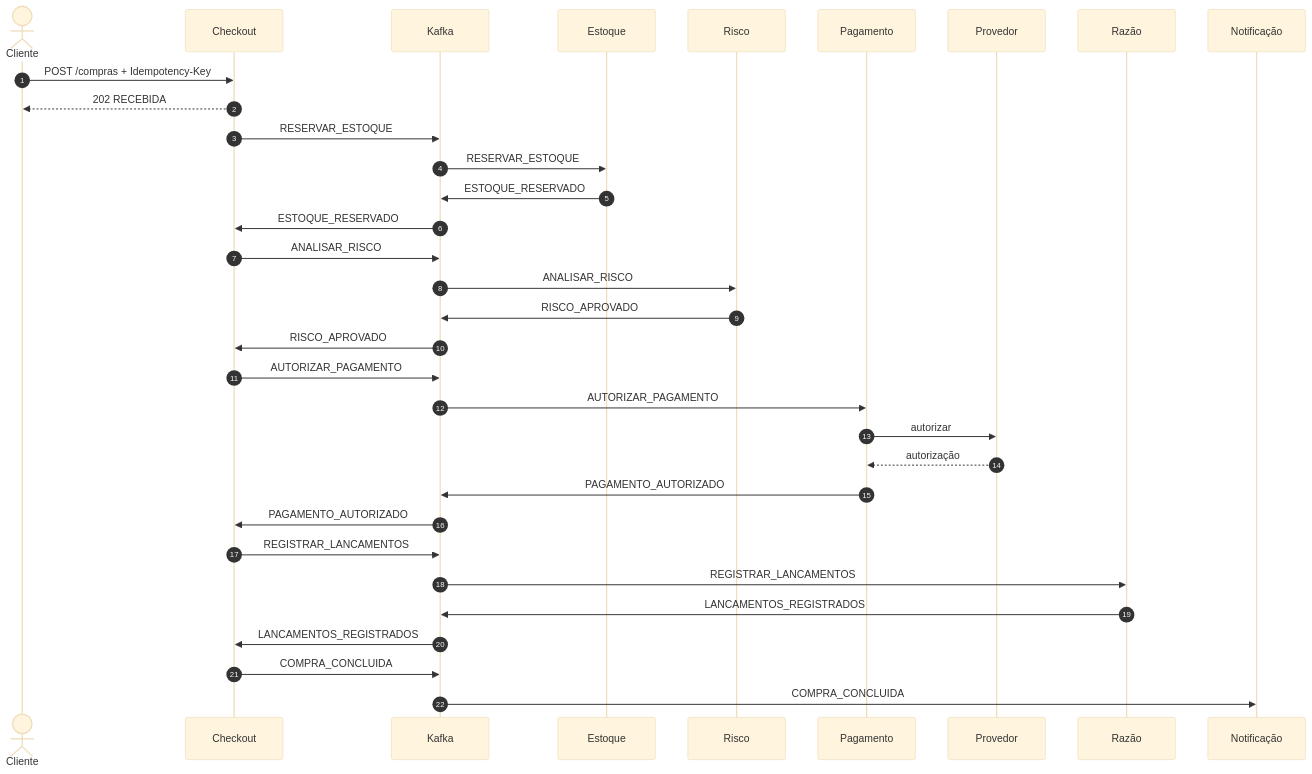
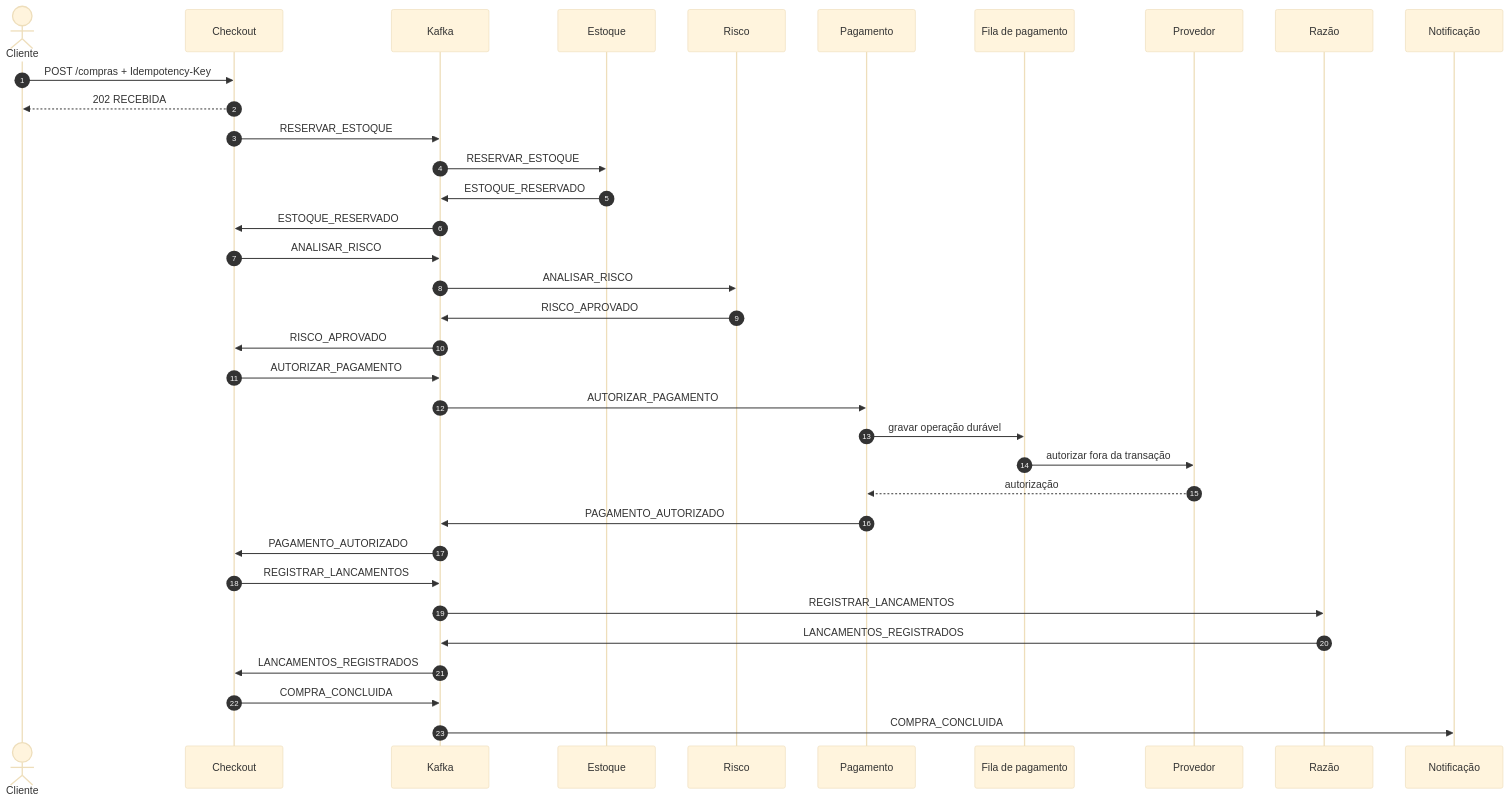
The first of 2 diagrams in docs/ARQUITETURA.md (Mateussoaresferreira/orquestra-pagamentos), drawn with Mermaid (base theme) before and after one commit. The commit also changed other lines of this file and 268 other files, not shown here.

````diff
--- a/docs/ARQUITETURA.md
+++ b/docs/ARQUITETURA.md
@@ -28,36 +28,38 @@
 ```mermaid
 sequenceDiagram
     autonumber
     actor Cliente
     participant Checkout
     participant Kafka
     participant Estoque
     participant Risco
     participant Pagamento
+    participant FilaPagamento as Fila de pagamento
     participant Provedor
     participant Razao as Razão
     participant Notificacao as Notificação
 
     Cliente->>Checkout: POST /compras + Idempotency-Key
     Checkout-->>Cliente: 202 RECEBIDA
     Checkout->>Kafka: RESERVAR_ESTOQUE
     Kafka->>Estoque: RESERVAR_ESTOQUE
     Estoque->>Kafka: ESTOQUE_RESERVADO
     Kafka->>Checkout: ESTOQUE_RESERVADO
     Checkout->>Kafka: ANALISAR_RISCO
     Kafka->>Risco: ANALISAR_RISCO
     Risco->>Kafka: RISCO_APROVADO
     Kafka->>Checkout: RISCO_APROVADO
     Checkout->>Kafka: AUTORIZAR_PAGAMENTO
     Kafka->>Pagamento: AUTORIZAR_PAGAMENTO
-    Pagamento->>Provedor: autorizar
+    Pagamento->>FilaPagamento: gravar operação durável
+    FilaPagamento->>Provedor: autorizar fora da transação
     Provedor-->>Pagamento: autorização
     Pagamento->>Kafka: PAGAMENTO_AUTORIZADO
     Kafka->>Checkout: PAGAMENTO_AUTORIZADO
     Checkout->>Kafka: REGISTRAR_LANCAMENTOS
     Kafka->>Razao: REGISTRAR_LANCAMENTOS
     Razao->>Kafka: LANCAMENTOS_REGISTRADOS
     Kafka->>Checkout: LANCAMENTOS_REGISTRADOS
     Checkout->>Kafka: COMPRA_CONCLUIDA
     Kafka->>Notificacao: COMPRA_CONCLUIDA
 ```
````
